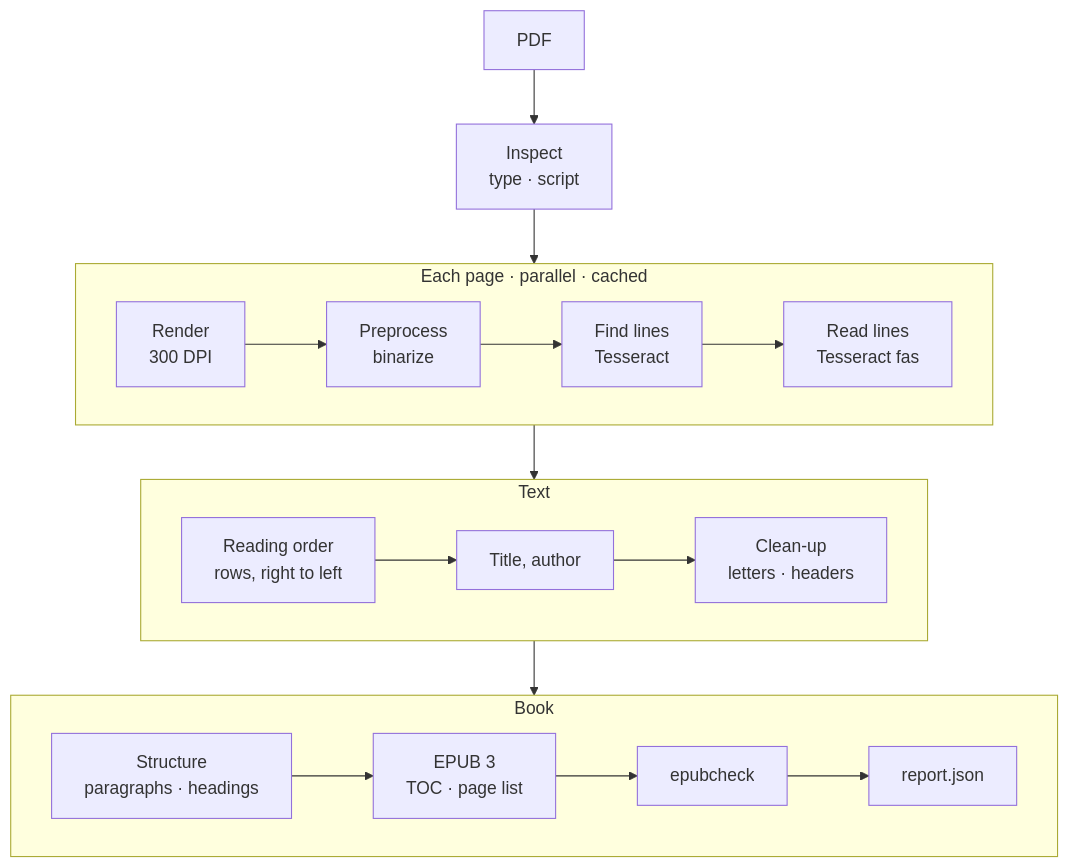
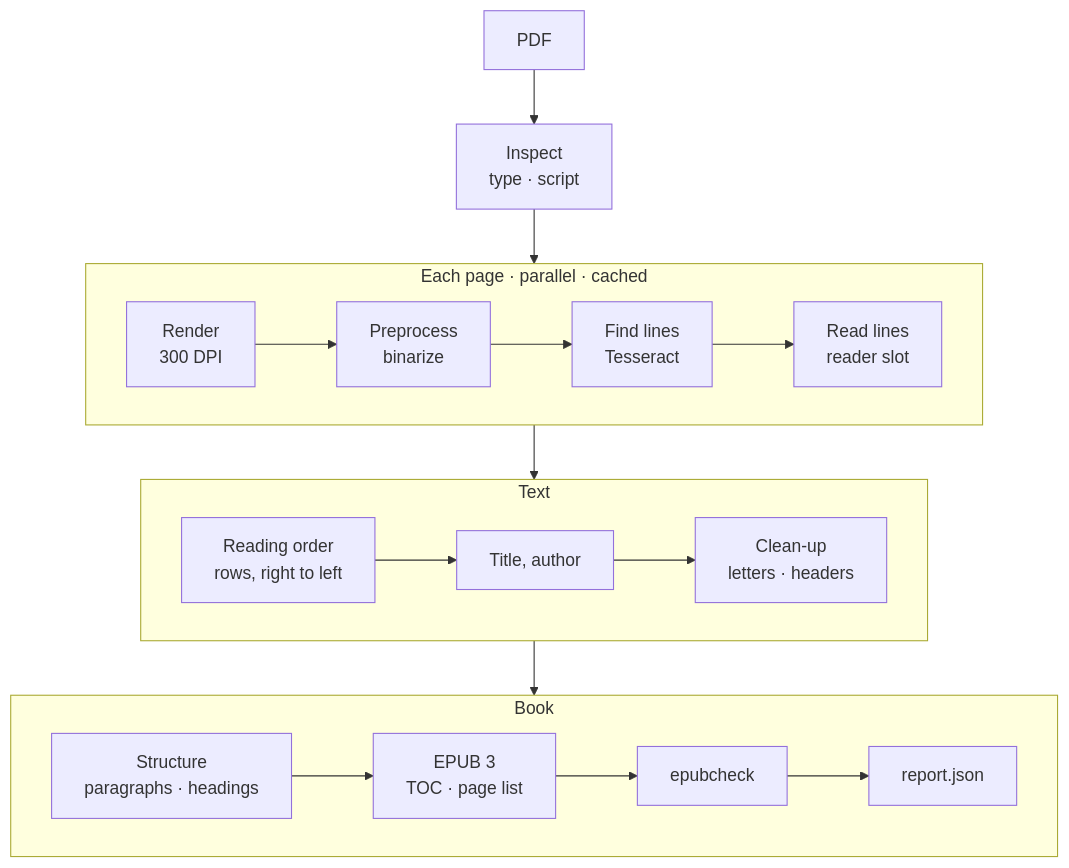
One commit to ardeshirj/rtlbook changed the diagram in docs/DESIGN.md. Above: the diagram before and after it, drawn with Mermaid. The commit also changed other lines of this file and 7 other files, not shown here.

First line of the commit message:
convert: the reader slot: a scan's lines cut and read one by one (--reader, default auto); exported PDFs keep one call

````diff
--- a/docs/DESIGN.md
+++ b/docs/DESIGN.md
@@ -53,19 +53,19 @@
 ```mermaid
 flowchart TD
     A[PDF] --> B[Inspect<br/>type · script]
     B --> P
     subgraph P [Each page · parallel · cached]
         direction LR
-        C[Render<br/>300 DPI] --> D[Preprocess<br/>binarize] --> E1[Find lines<br/>Tesseract] --> E2[Read lines<br/>Tesseract fas]
+        C[Render<br/>300 DPI] --> D[Preprocess<br/>binarize] --> E1[Find lines<br/>Tesseract] --> E2[Read lines<br/>reader slot]
     end
     P --> T
     subgraph T [Text]
         direction LR
         F[Reading order<br/>rows, right to left] --> G[Title, author] --> H[Clean-up<br/>letters · headers]
     end
     T --> K
     subgraph K [Book]
         direction LR
         I[Structure<br/>paragraphs · headings] --> J[EPUB 3<br/>TOC · page list] --> V[epubcheck] --> R[report.json]
     end
 ```
````
